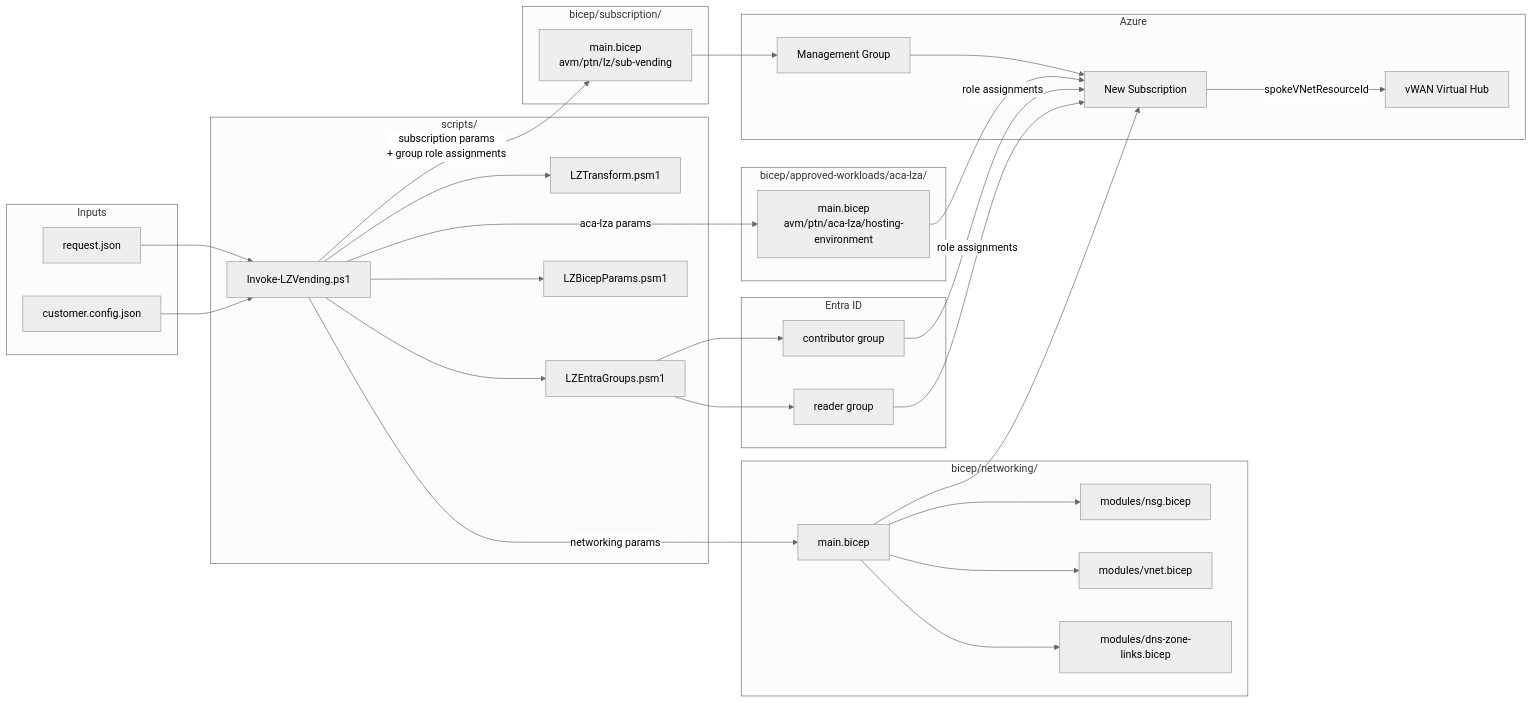
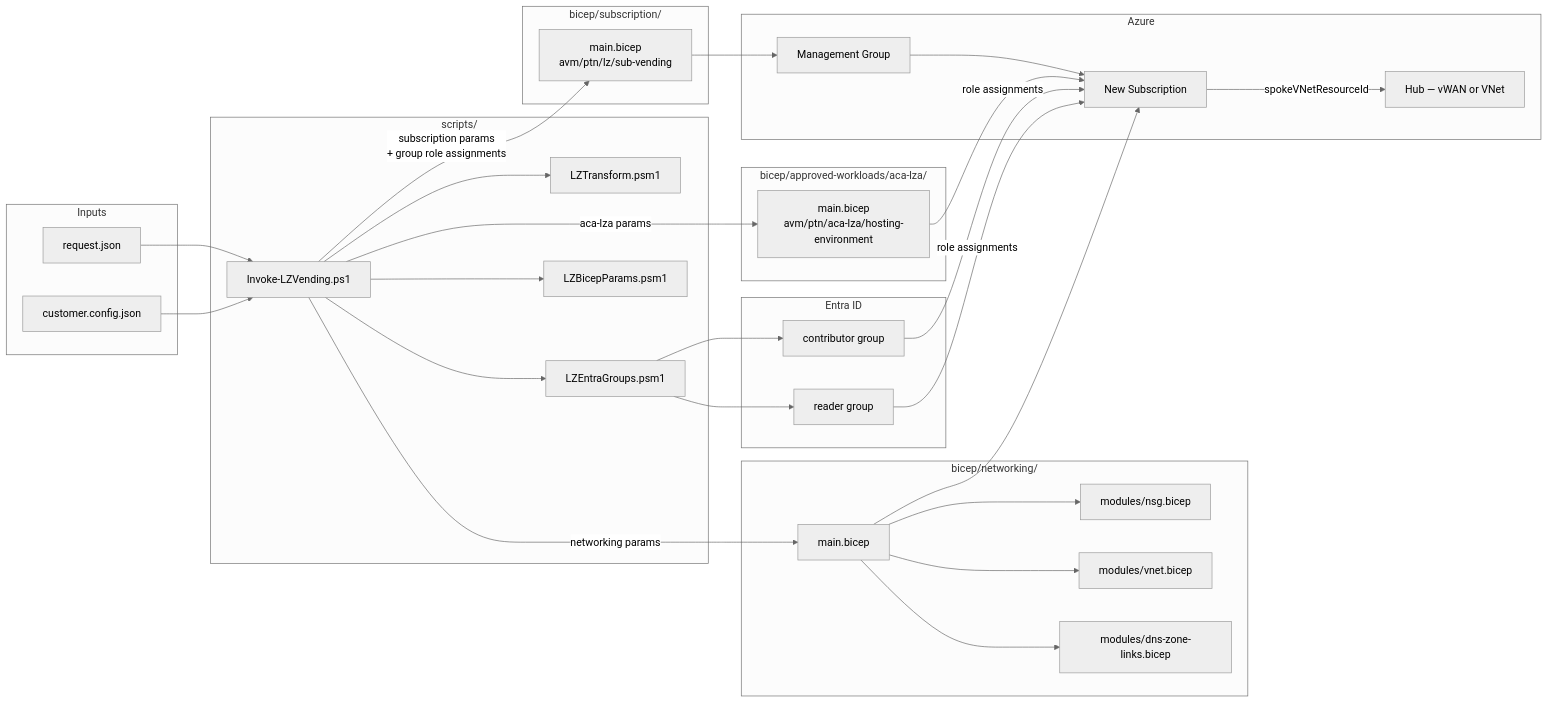
The third of 3 diagrams in docs/ARCHITECTURE.md (DXPetti/lzvendingplatform), drawn with Mermaid (neutral theme) before and after one commit. The commit also changed other lines of this file and 4 other files, not shown here.

````diff
--- a/docs/ARCHITECTURE.md
+++ b/docs/ARCHITECTURE.md
@@ -71,56 +71,56 @@
 ```mermaid
 flowchart LR
     subgraph Inputs
         REQ[request.json]
         CFG[customer.config.json]
     end
 
     subgraph scripts["scripts/"]
         INV[Invoke-LZVending.ps1]
         TRN[LZTransform.psm1]
         ENT[LZEntraGroups.psm1]
         BCP[LZBicepParams.psm1]
         INV --> TRN & ENT & BCP
     end
 
     subgraph bicep_sub["bicep/subscription/"]
         SUB[main.bicep<br>avm/ptn/lz/sub-vending]
     end
 
     subgraph bicep_net["bicep/networking/"]
         NET[main.bicep]
         NSG[modules/nsg.bicep]
         VNET[modules/vnet.bicep]
         DNS[modules/dns-zone-links.bicep]
         NET --> NSG & VNET & DNS
     end
 
     subgraph bicep_aw["bicep/approved-workloads/aca-lza/"]
         ACA[main.bicep<br>avm/ptn/aca-lza/hosting-environment]
     end
 
     subgraph Entra["Entra ID"]
         CG[contributor group]
         RG[reader group]
     end
 
     subgraph Azure
         MGMT[Management Group]
         NEWSUB[New Subscription]
-        VHUB[vWAN Virtual Hub]
+        VHUB[Hub — vWAN or VNet]
     end
 
     REQ --> INV
     CFG --> INV
 
     INV -- subscription params<br>+ group role assignments --> SUB
     INV -- networking params --> NET
     INV -- aca-lza params --> ACA
     ENT --> CG & RG
 
     SUB --> MGMT --> NEWSUB
     NET --> NEWSUB
     ACA --> NEWSUB
     CG & RG -- role assignments --> NEWSUB
     NEWSUB -- spokeVNetResourceId --> VHUB
 ```
````
